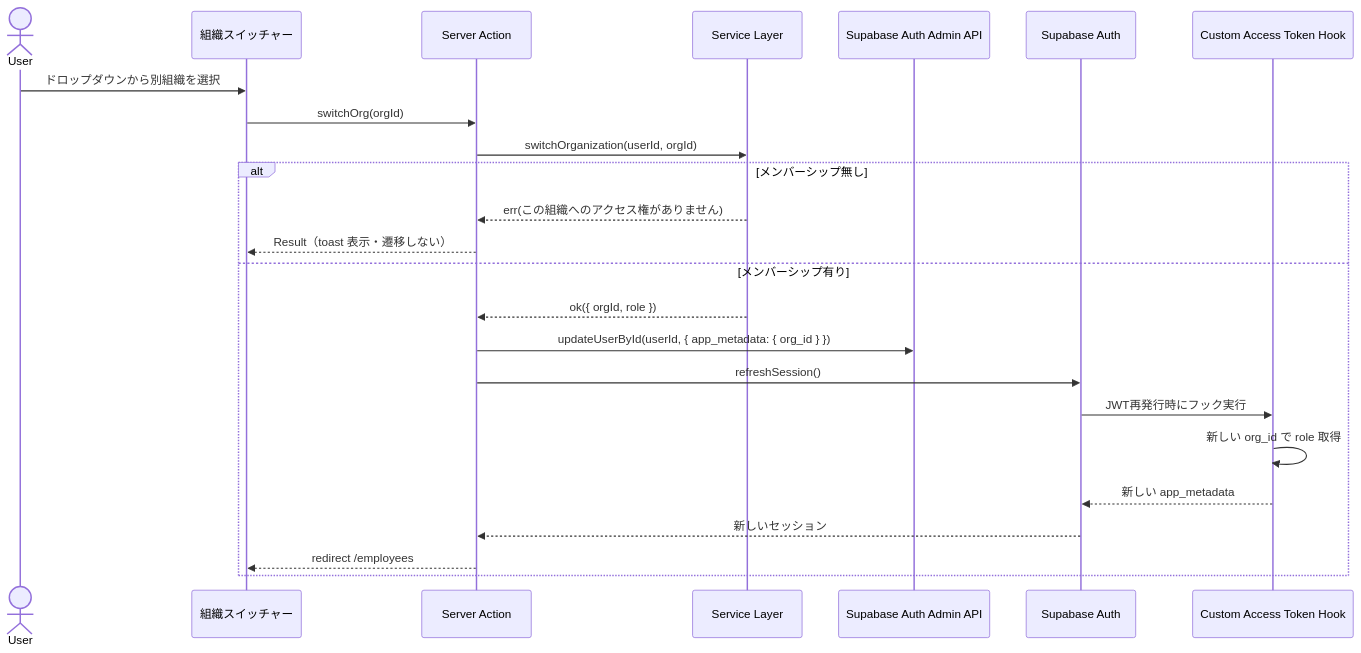
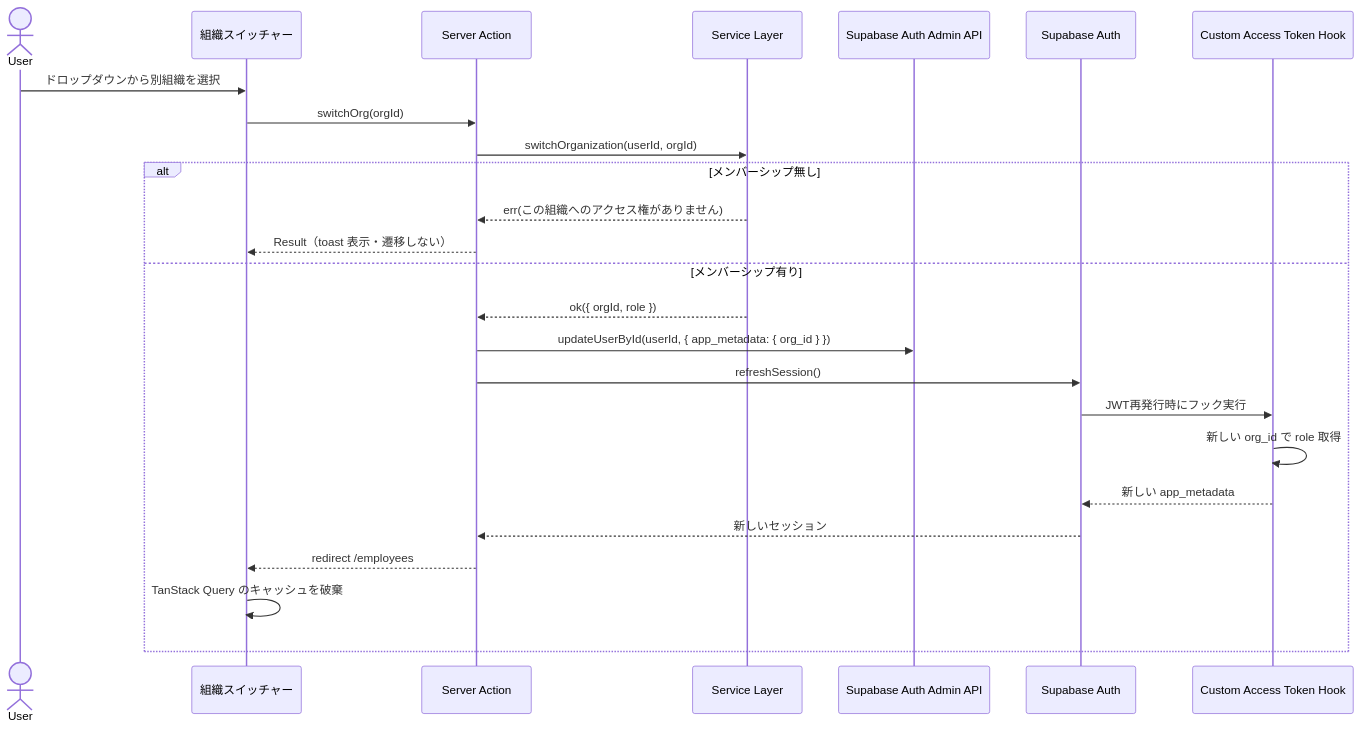
The fourth of 9 diagrams in docs/design/user-flows.md (TakuyaMiyashita/fondra-hr), drawn with Mermaid before and after one commit. The commit also changed other lines of this file and 5 other files, not shown here.

````diff
--- a/docs/design/user-flows.md
+++ b/docs/design/user-flows.md
@@ -117,27 +117,28 @@
 ```mermaid
 sequenceDiagram
     actor User
     participant UI as 組織スイッチャー
     participant SA as Server Action
     participant SVC as Service Layer
     participant Admin as Supabase Auth Admin API
     participant Auth as Supabase Auth
     participant Hook as Custom Access Token Hook
 
     User->>UI: ドロップダウンから別組織を選択
     UI->>SA: switchOrg(orgId)
     SA->>SVC: switchOrganization(userId, orgId)
     alt メンバーシップ無し
         SVC-->>SA: err(この組織へのアクセス権がありません)
         SA-->>UI: Result（toast 表示・遷移しない）
     else メンバーシップ有り
         SVC-->>SA: ok({ orgId, role })
         SA->>Admin: updateUserById(userId, { app_metadata: { org_id } })
         SA->>Auth: refreshSession()
         Auth->>Hook: JWT再発行時にフック実行
         Hook->>Hook: 新しい org_id で role 取得
         Hook-->>Auth: 新しい app_metadata
         Auth-->>SA: 新しいセッション
         SA-->>UI: redirect /employees
+        UI->>UI: TanStack Query のキャッシュを破棄
     end
 ```
````
